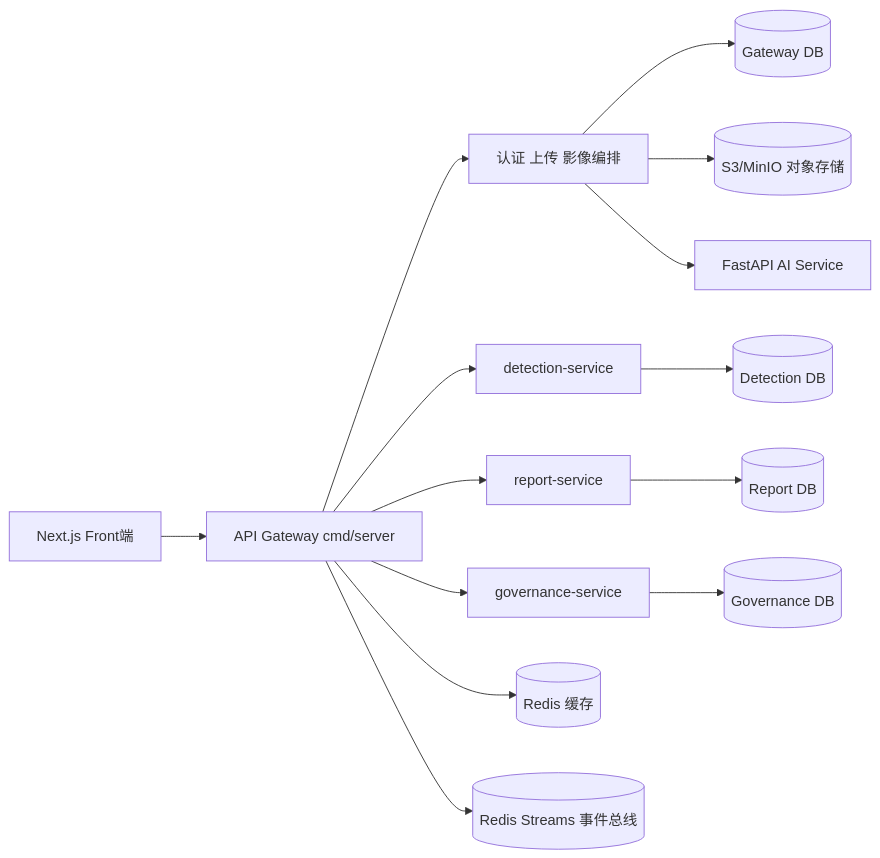
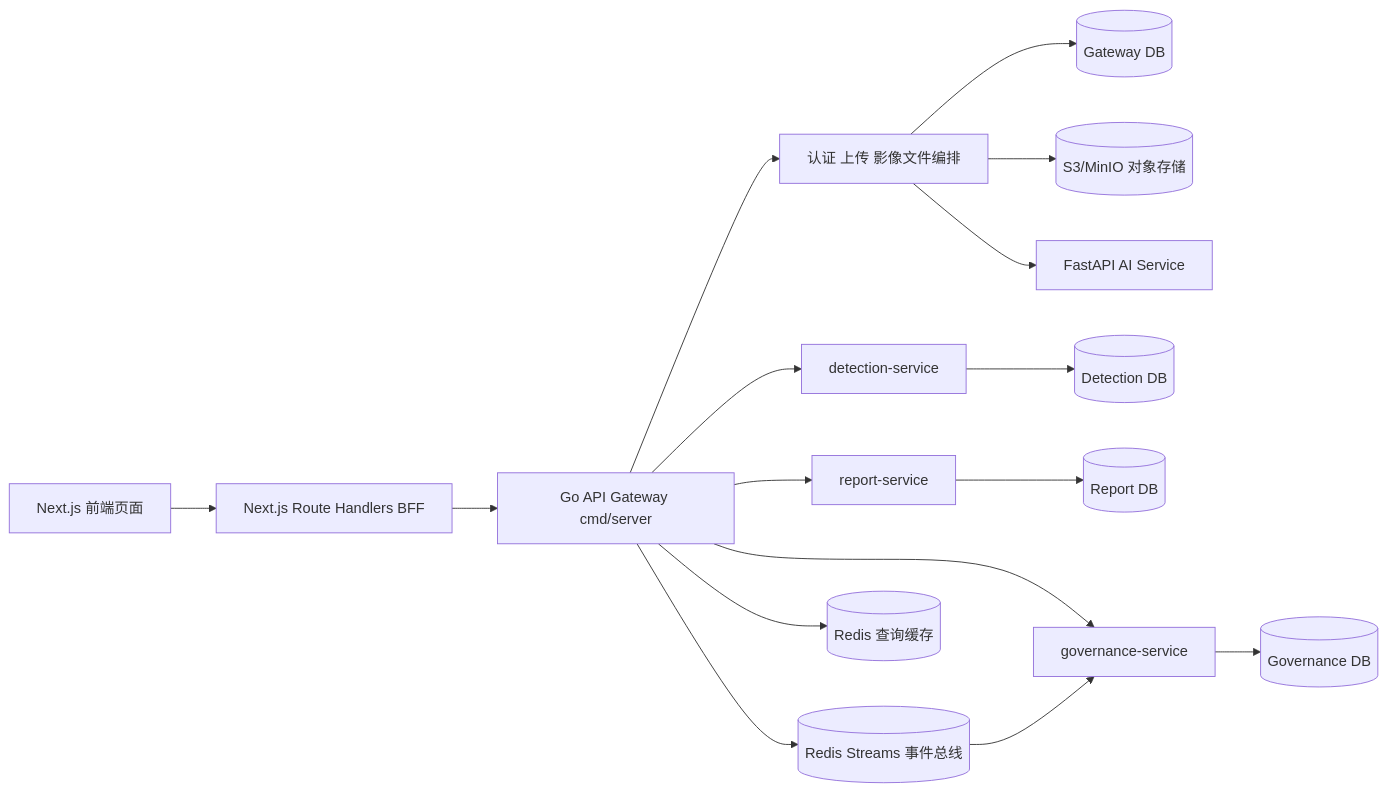
One commit to laixinyu/cancer-detection-system changed the first of 2 diagrams in README.md. Above: the diagram before and after it, drawn with Mermaid. The commit also changed other lines of this file and 5 other files, not shown here.

````diff
--- a/README.md
+++ b/README.md
@@ -37,16 +37,18 @@
 ```mermaid
 flowchart LR
-  FE[Next.js Front端] --> GW[API Gateway cmd/server]
-  GW --> ORCH[认证 上传 影像编排]
+  FE[Next.js 前端页面] --> BFF[Next.js Route Handlers BFF]
+  BFF --> GW[Go API Gateway cmd/server]
+  GW --> ORCH[认证 上传 影像文件编排]
   GW --> DET[detection-service]
   GW --> REP[report-service]
   GW --> GOV[governance-service]
   ORCH --> GDB[(Gateway DB)]
   DET --> DDB[(Detection DB)]
   REP --> RDB[(Report DB)]
   GOV --> VDB[(Governance DB)]
-  GW --> CACHE[(Redis 缓存)]
+  GW --> CACHE[(Redis 查询缓存)]
   GW --> BUS[(Redis Streams 事件总线)]
   ORCH --> OBJ[(S3/MinIO 对象存储)]
   ORCH --> AI[FastAPI AI Service]
+  BUS --> GOV
 ```
````
